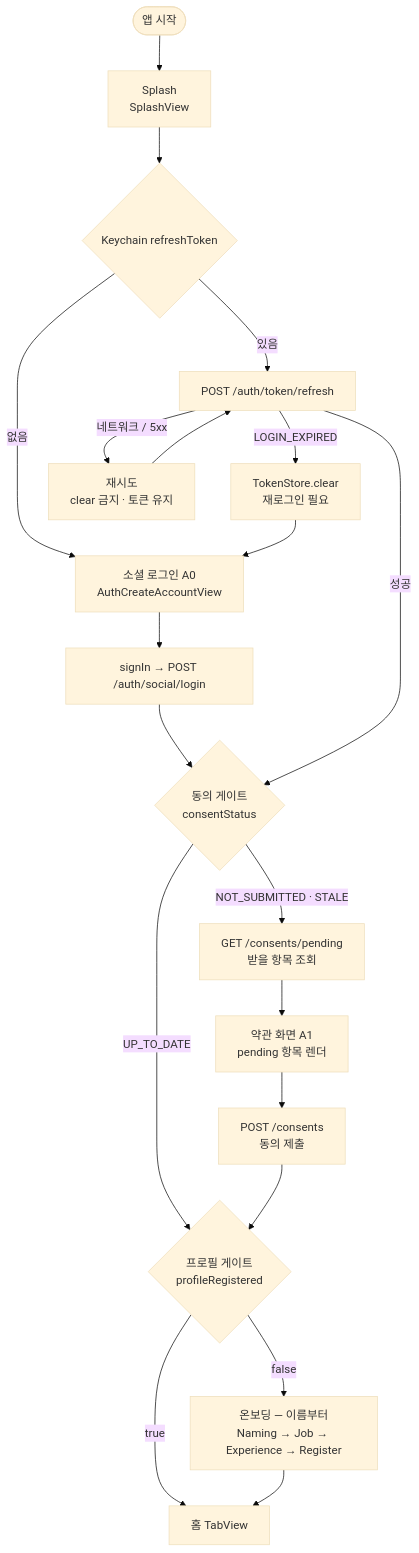
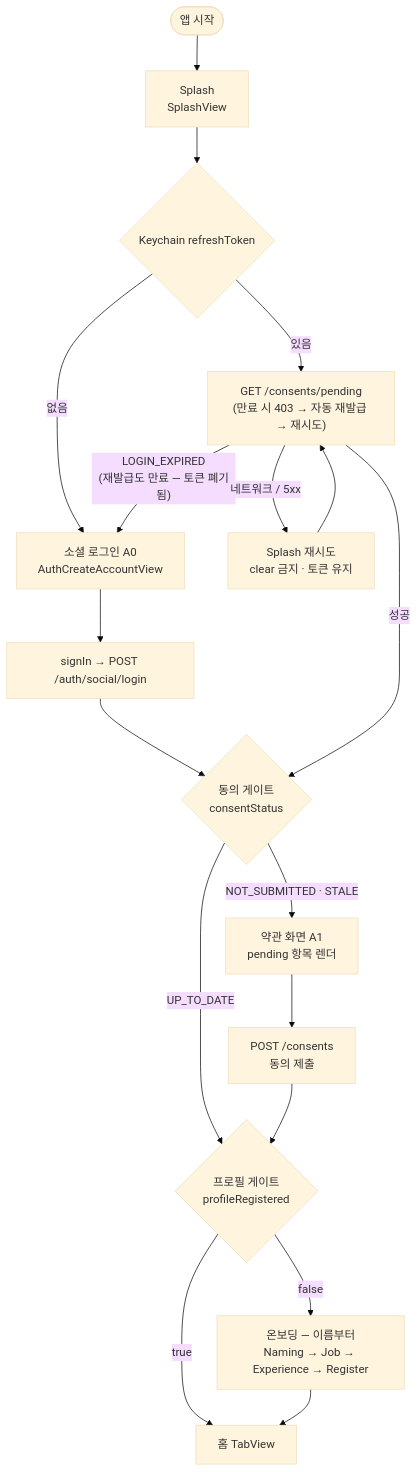
One commit to YAPP-Github/28th-App-Team-1-iOS changed the first of 4 diagrams in docs/work/launch-routing.md. Above: the diagram before and after it, drawn with Mermaid (base theme). The commit also changed other lines of this file and 2 other files, not shown here.

Commit message:
refactor: 스플래시 판정을 pending 한 콜로 단일화_선제 refresh 제거하고 만료는 인터셉터 재발급에 위임

````diff
--- a/docs/work/launch-routing.md
+++ b/docs/work/launch-routing.md
@@ -7,26 +9,24 @@
 ```mermaid
 flowchart TD
     launch(["앱 시작"]) --> splash["Splash<br/>SplashView"]
     splash --> hasRT{"Keychain refreshToken"}
 
     hasRT -- "없음" --> a0["소셜 로그인 A0<br/>AuthCreateAccountView"]
     a0 --> login["signIn → POST /auth/social/login"]
     login --> gate1
 
-    hasRT -- "있음" --> refresh["POST /auth/token/refresh"]
-    refresh -- "LOGIN_EXPIRED" --> clear["TokenStore.clear<br/>재로그인 필요"]
-    clear --> a0
-    refresh -- "네트워크 / 5xx" --> retry["재시도<br/>clear 금지 · 토큰 유지"]
-    retry --> refresh
-    refresh -- "성공" --> gate1
+    hasRT -- "있음" --> pending["GET /consents/pending<br/>(만료 시 403 → 자동 재발급 → 재시도)"]
+    pending -- "LOGIN_EXPIRED<br/>(재발급도 만료 — 토큰 폐기됨)" --> a0
+    pending -- "네트워크 / 5xx" --> retry["Splash 재시도<br/>clear 금지 · 토큰 유지"]
+    retry --> pending
+    pending -- "성공" --> gate1
 
     gate1{"동의 게이트<br/>consentStatus"} -- "UP_TO_DATE" --> gate2
-    gate1 -- "NOT_SUBMITTED · STALE" --> pending["GET /consents/pending<br/>받을 항목 조회"]
-    pending --> terms["약관 화면 A1<br/>pending 항목 렌더"]
+    gate1 -- "NOT_SUBMITTED · STALE" --> terms["약관 화면 A1<br/>pending 항목 렌더"]
     terms --> submit["POST /consents<br/>동의 제출"]
     submit --> gate2
 
     gate2{"프로필 게이트<br/>profileRegistered"} -- "true" --> home["홈 TabView"]
     gate2 -- "false" --> onboarding["온보딩 — 이름부터<br/>Naming → Job → Experience → Register"]
     onboarding --> home
 ```
````
